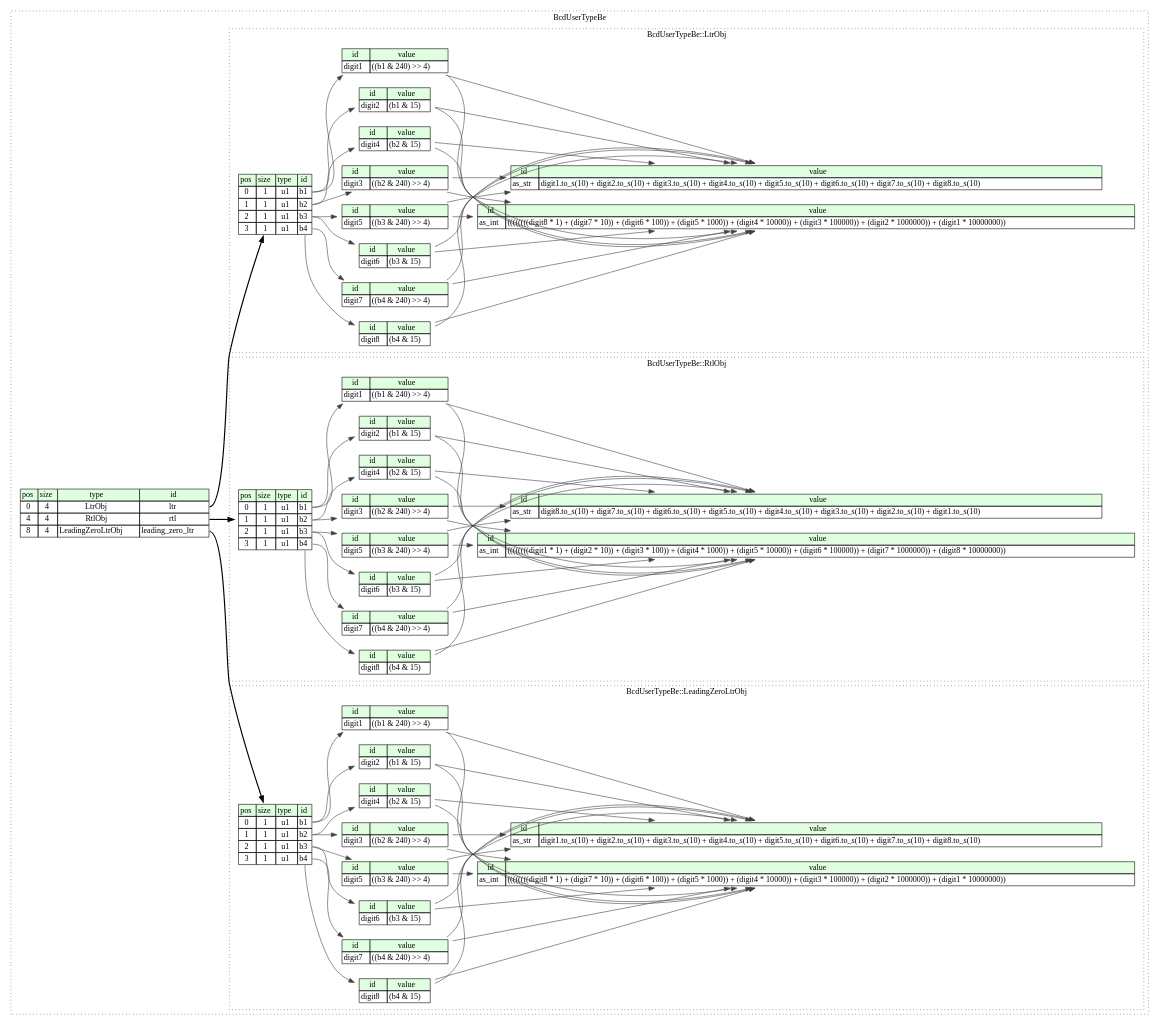
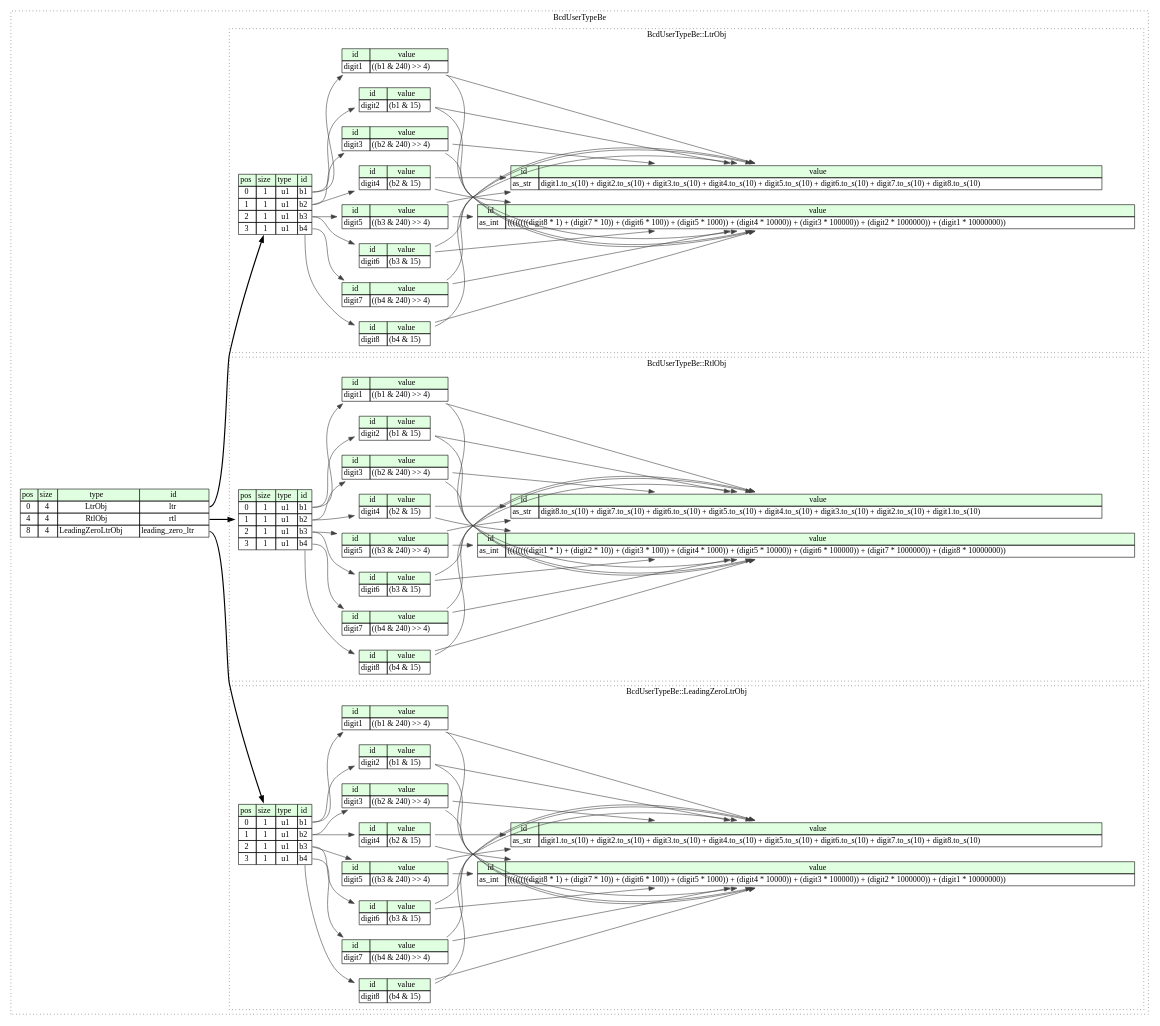
Before and after one commit to kaitai-io/ci_targets: the diagram in compiled/graphviz/bcd_user_type_be.dot, drawn with Graphviz. The commit also changed other lines of this file and 388 other files, not shown here.

```diff
--- a/compiled/graphviz/bcd_user_type_be.dot
+++ b/compiled/graphviz/bcd_user_type_be.dot
@@ -22,45 +22,45 @@
 				<TR><TD PORT="b3_pos">2</TD><TD PORT="b3_size">1</TD><TD>u1</TD><TD PORT="b3_type">b3</TD></TR>
 				<TR><TD PORT="b4_pos">3</TD><TD PORT="b4_size">1</TD><TD>u1</TD><TD PORT="b4_type">b4</TD></TR>
 			</TABLE>>];
+			ltr_obj__inst__digit2 [label=<<TABLE BORDER="0" CELLBORDER="1" CELLSPACING="0">
+				<TR><TD BGCOLOR="#E0FFE0">id</TD><TD BGCOLOR="#E0FFE0">value</TD></TR>
+				<TR><TD>digit2</TD><TD>(b1 &amp; 15)</TD></TR>
+			</TABLE>>];
+			ltr_obj__inst__digit8 [label=<<TABLE BORDER="0" CELLBORDER="1" CELLSPACING="0">
+				<TR><TD BGCOLOR="#E0FFE0">id</TD><TD BGCOLOR="#E0FFE0">value</TD></TR>
+				<TR><TD>digit8</TD><TD>(b4 &amp; 15)</TD></TR>
+			</TABLE>>];
 			ltr_obj__inst__as_int [label=<<TABLE BORDER="0" CELLBORDER="1" CELLSPACING="0">
 				<TR><TD BGCOLOR="#E0FFE0">id</TD><TD BGCOLOR="#E0FFE0">value</TD></TR>
 				<TR><TD>as_int</TD><TD>((((((((digit8 * 1) + (digit7 * 10)) + (digit6 * 100)) + (digit5 * 1000)) + (digit4 * 10000)) + (digit3 * 100000)) + (digit2 * 1000000)) + (digit1 * 10000000))</TD></TR>
 			</TABLE>>];
-			ltr_obj__inst__digit2 [label=<<TABLE BORDER="0" CELLBORDER="1" CELLSPACING="0">
+			ltr_obj__inst__as_str [label=<<TABLE BORDER="0" CELLBORDER="1" CELLSPACING="0">
 				<TR><TD BGCOLOR="#E0FFE0">id</TD><TD BGCOLOR="#E0FFE0">value</TD></TR>
-				<TR><TD>digit2</TD><TD>(b1 &amp; 15)</TD></TR>
+				<TR><TD>as_str</TD><TD>digit1.to_s(10) + digit2.to_s(10) + digit3.to_s(10) + digit4.to_s(10) + digit5.to_s(10) + digit6.to_s(10) + digit7.to_s(10) + digit8.to_s(10)</TD></TR>
 			</TABLE>>];
 			ltr_obj__inst__digit4 [label=<<TABLE BORDER="0" CELLBORDER="1" CELLSPACING="0">
 				<TR><TD BGCOLOR="#E0FFE0">id</TD><TD BGCOLOR="#E0FFE0">value</TD></TR>
 				<TR><TD>digit4</TD><TD>(b2 &amp; 15)</TD></TR>
 			</TABLE>>];
-			ltr_obj__inst__digit3 [label=<<TABLE BORDER="0" CELLBORDER="1" CELLSPACING="0">
+			ltr_obj__inst__digit6 [label=<<TABLE BORDER="0" CELLBORDER="1" CELLSPACING="0">
 				<TR><TD BGCOLOR="#E0FFE0">id</TD><TD BGCOLOR="#E0FFE0">value</TD></TR>
-				<TR><TD>digit3</TD><TD>((b2 &amp; 240) &gt;&gt; 4)</TD></TR>
+				<TR><TD>digit6</TD><TD>(b3 &amp; 15)</TD></TR>
 			</TABLE>>];
 			ltr_obj__inst__digit5 [label=<<TABLE BORDER="0" CELLBORDER="1" CELLSPACING="0">
 				<TR><TD BGCOLOR="#E0FFE0">id</TD><TD BGCOLOR="#E0FFE0">value</TD></TR>
 				<TR><TD>digit5</TD><TD>((b3 &amp; 240) &gt;&gt; 4)</TD></TR>
 			</TABLE>>];
-			ltr_obj__inst__digit8 [label=<<TABLE BORDER="0" CELLBORDER="1" CELLSPACING="0">
+			ltr_obj__inst__digit7 [label=<<TABLE BORDER="0" CELLBORDER="1" CELLSPACING="0">
 				<TR><TD BGCOLOR="#E0FFE0">id</TD><TD BGCOLOR="#E0FFE0">value</TD></TR>
-				<TR><TD>digit8</TD><TD>(b4 &amp; 15)</TD></TR>
-			</TABLE>>];
-			ltr_obj__inst__digit6 [label=<<TABLE BORDER="0" CELLBORDER="1" CELLSPACING="0">
-				<TR><TD BGCOLOR="#E0FFE0">id</TD><TD BGCOLOR="#E0FFE0">value</TD></TR>
-				<TR><TD>digit6</TD><TD>(b3 &amp; 15)</TD></TR>
-			</TABLE>>];
-			ltr_obj__inst__as_str [label=<<TABLE BORDER="0" CELLBORDER="1" CELLSPACING="0">
-				<TR><TD BGCOLOR="#E0FFE0">id</TD><TD BGCOLOR="#E0FFE0">value</TD></TR>
-				<TR><TD>as_str</TD><TD>digit1.to_s(10) + digit2.to_s(10) + digit3.to_s(10) + digit4.to_s(10) + digit5.to_s(10) + digit6.to_s(10) + digit7.to_s(10) + digit8.to_s(10)</TD></TR>
+				<TR><TD>digit7</TD><TD>((b4 &amp; 240) &gt;&gt; 4)</TD></TR>
 			</TABLE>>];
 			ltr_obj__inst__digit1 [label=<<TABLE BORDER="0" CELLBORDER="1" CELLSPACING="0">
 				<TR><TD BGCOLOR="#E0FFE0">id</TD><TD BGCOLOR="#E0FFE0">value</TD></TR>
 				<TR><TD>digit1</TD><TD>((b1 &amp; 240) &gt;&gt; 4)</TD></TR>
 			</TABLE>>];
-			ltr_obj__inst__digit7 [label=<<TABLE BORDER="0" CELLBORDER="1" CELLSPACING="0">
+			ltr_obj__inst__digit3 [label=<<TABLE BORDER="0" CELLBORDER="1" CELLSPACING="0">
 				<TR><TD BGCOLOR="#E0FFE0">id</TD><TD BGCOLOR="#E0FFE0">value</TD></TR>
-				<TR><TD>digit7</TD><TD>((b4 &amp; 240) &gt;&gt; 4)</TD></TR>
+				<TR><TD>digit3</TD><TD>((b2 &amp; 240) &gt;&gt; 4)</TD></TR>
 			</TABLE>>];
 		}
 		subgraph cluster__rtl_obj {
@@ -74,45 +74,45 @@
 				<TR><TD PORT="b3_pos">2</TD><TD PORT="b3_size">1</TD><TD>u1</TD><TD PORT="b3_type">b3</TD></TR>
 				<TR><TD PORT="b4_pos">3</TD><TD PORT="b4_size">1</TD><TD>u1</TD><TD PORT="b4_type">b4</TD></TR>
 			</TABLE>>];
+			rtl_obj__inst__digit2 [label=<<TABLE BORDER="0" CELLBORDER="1" CELLSPACING="0">
+				<TR><TD BGCOLOR="#E0FFE0">id</TD><TD BGCOLOR="#E0FFE0">value</TD></TR>
+				<TR><TD>digit2</TD><TD>(b1 &amp; 15)</TD></TR>
+			</TABLE>>];
+			rtl_obj__inst__digit8 [label=<<TABLE BORDER="0" CELLBORDER="1" CELLSPACING="0">
+				<TR><TD BGCOLOR="#E0FFE0">id</TD><TD BGCOLOR="#E0FFE0">value</TD></TR>
+				<TR><TD>digit8</TD><TD>(b4 &amp; 15)</TD></TR>
+			</TABLE>>];
 			rtl_obj__inst__as_int [label=<<TABLE BORDER="0" CELLBORDER="1" CELLSPACING="0">
 				<TR><TD BGCOLOR="#E0FFE0">id</TD><TD BGCOLOR="#E0FFE0">value</TD></TR>
 				<TR><TD>as_int</TD><TD>((((((((digit1 * 1) + (digit2 * 10)) + (digit3 * 100)) + (digit4 * 1000)) + (digit5 * 10000)) + (digit6 * 100000)) + (digit7 * 1000000)) + (digit8 * 10000000))</TD></TR>
 			</TABLE>>];
-			rtl_obj__inst__digit2 [label=<<TABLE BORDER="0" CELLBORDER="1" CELLSPACING="0">
+			rtl_obj__inst__as_str [label=<<TABLE BORDER="0" CELLBORDER="1" CELLSPACING="0">
 				<TR><TD BGCOLOR="#E0FFE0">id</TD><TD BGCOLOR="#E0FFE0">value</TD></TR>
-				<TR><TD>digit2</TD><TD>(b1 &amp; 15)</TD></TR>
+				<TR><TD>as_str</TD><TD>digit8.to_s(10) + digit7.to_s(10) + digit6.to_s(10) + digit5.to_s(10) + digit4.to_s(10) + digit3.to_s(10) + digit2.to_s(10) + digit1.to_s(10)</TD></TR>
 			</TABLE>>];
 			rtl_obj__inst__digit4 [label=<<TABLE BORDER="0" CELLBORDER="1" CELLSPACING="0">
 				<TR><TD BGCOLOR="#E0FFE0">id</TD><TD BGCOLOR="#E0FFE0">value</TD></TR>
 				<TR><TD>digit4</TD><TD>(b2 &amp; 15)</TD></TR>
 			</TABLE>>];
-			rtl_obj__inst__digit3 [label=<<TABLE BORDER="0" CELLBORDER="1" CELLSPACING="0">
+			rtl_obj__inst__digit6 [label=<<TABLE BORDER="0" CELLBORDER="1" CELLSPACING="0">
 				<TR><TD BGCOLOR="#E0FFE0">id</TD><TD BGCOLOR="#E0FFE0">value</TD></TR>
-				<TR><TD>digit3</TD><TD>((b2 &amp; 240) &gt;&gt; 4)</TD></TR>
+				<TR><TD>digit6</TD><TD>(b3 &amp; 15)</TD></TR>
 			</TABLE>>];
 			rtl_obj__inst__digit5 [label=<<TABLE BORDER="0" CELLBORDER="1" CELLSPACING="0">
 				<TR><TD BGCOLOR="#E0FFE0">id</TD><TD BGCOLOR="#E0FFE0">value</TD></TR>
 				<TR><TD>digit5</TD><TD>((b3 &amp; 240) &gt;&gt; 4)</TD></TR>
 			</TABLE>>];
-			rtl_obj__inst__digit8 [label=<<TABLE BORDER="0" CELLBORDER="1" CELLSPACING="0">
+			rtl_obj__inst__digit7 [label=<<TABLE BORDER="0" CELLBORDER="1" CELLSPACING="0">
 				<TR><TD BGCOLOR="#E0FFE0">id</TD><TD BGCOLOR="#E0FFE0">value</TD></TR>
-				<TR><TD>digit8</TD><TD>(b4 &amp; 15)</TD></TR>
-			</TABLE>>];
-			rtl_obj__inst__digit6 [label=<<TABLE BORDER="0" CELLBORDER="1" CELLSPACING="0">
-				<TR><TD BGCOLOR="#E0FFE0">id</TD><TD BGCOLOR="#E0FFE0">value</TD></TR>
-				<TR><TD>digit6</TD><TD>(b3 &amp; 15)</TD></TR>
-			</TABLE>>];
-			rtl_obj__inst__as_str [label=<<TABLE BORDER="0" CELLBORDER="1" CELLSPACING="0">
-				<TR><TD BGCOLOR="#E0FFE0">id</TD><TD BGCOLOR="#E0FFE0">value</TD></TR>
-				<TR><TD>as_str</TD><TD>digit8.to_s(10) + digit7.to_s(10) + digit6.to_s(10) + digit5.to_s(10) + digit4.to_s(10) + digit3.to_s(10) + digit2.to_s(10) + digit1.to_s(10)</TD></TR>
+				<TR><TD>digit7</TD><TD>((b4 &amp; 240) &gt;&gt; 4)</TD></TR>
 			</TABLE>>];
 			rtl_obj__inst__digit1 [label=<<TABLE BORDER="0" CELLBORDER="1" CELLSPACING="0">
 				<TR><TD BGCOLOR="#E0FFE0">id</TD><TD BGCOLOR="#E0FFE0">value</TD></TR>
 				<TR><TD>digit1</TD><TD>((b1 &amp; 240) &gt;&gt; 4)</TD></TR>
 			</TABLE>>];
-			rtl_obj__inst__digit7 [label=<<TABLE BORDER="0" CELLBORDER="1" CELLSPACING="0">
+			rtl_obj__inst__digit3 [label=<<TABLE BORDER="0" CELLBORDER="1" CELLSPACING="0">
 				<TR><TD BGCOLOR="#E0FFE0">id</TD><TD BGCOLOR="#E0FFE0">value</TD></TR>
-				<TR><TD>digit7</TD><TD>((b4 &amp; 240) &gt;&gt; 4)</TD></TR>
+				<TR><TD>digit3</TD><TD>((b2 &amp; 240) &gt;&gt; 4)</TD></TR>
 			</TABLE>>];
 		}
 		subgraph cluster__leading_zero_ltr_obj {
@@ -126,51 +126,53 @@
 				<TR><TD PORT="b3_pos">2</TD><TD PORT="b3_size">1</TD><TD>u1</TD><TD PORT="b3_type">b3</TD></TR>
 				<TR><TD PORT="b4_pos">3</TD><TD PORT="b4_size">1</TD><TD>u1</TD><TD PORT="b4_type">b4</TD></TR>
 			</TABLE>>];
+			leading_zero_ltr_obj__inst__digit2 [label=<<TABLE BORDER="0" CELLBORDER="1" CELLSPACING="0">
+				<TR><TD BGCOLOR="#E0FFE0">id</TD><TD BGCOLOR="#E0FFE0">value</TD></TR>
+				<TR><TD>digit2</TD><TD>(b1 &amp; 15)</TD></TR>
+			</TABLE>>];
+			leading_zero_ltr_obj__inst__digit8 [label=<<TABLE BORDER="0" CELLBORDER="1" CELLSPACING="0">
+				<TR><TD BGCOLOR="#E0FFE0">id</TD><TD BGCOLOR="#E0FFE0">value</TD></TR>
+				<TR><TD>digit8</TD><TD>(b4 &amp; 15)</TD></TR>
+			</TABLE>>];
 			leading_zero_ltr_obj__inst__as_int [label=<<TABLE BORDER="0" CELLBORDER="1" CELLSPACING="0">
 				<TR><TD BGCOLOR="#E0FFE0">id</TD><TD BGCOLOR="#E0FFE0">value</TD></TR>
 				<TR><TD>as_int</TD><TD>((((((((digit8 * 1) + (digit7 * 10)) + (digit6 * 100)) + (digit5 * 1000)) + (digit4 * 10000)) + (digit3 * 100000)) + (digit2 * 1000000)) + (digit1 * 10000000))</TD></TR>
 			</TABLE>>];
-			leading_zero_ltr_obj__inst__digit2 [label=<<TABLE BORDER="0" CELLBORDER="1" CELLSPACING="0">
+			leading_zero_ltr_obj__inst__as_str [label=<<TABLE BORDER="0" CELLBORDER="1" CELLSPACING="0">
 				<TR><TD BGCOLOR="#E0FFE0">id</TD><TD BGCOLOR="#E0FFE0">value</TD></TR>
-				<TR><TD>digit2</TD><TD>(b1 &amp; 15)</TD></TR>
+				<TR><TD>as_str</TD><TD>digit1.to_s(10) + digit2.to_s(10) + digit3.to_s(10) + digit4.to_s(10) + digit5.to_s(10) + digit6.to_s(10) + digit7.to_s(10) + digit8.to_s(10)</TD></TR>
 			</TABLE>>];
 			leading_zero_ltr_obj__inst__digit4 [label=<<TABLE BORDER="0" CELLBORDER="1" CELLSPACING="0">
 				<TR><TD BGCOLOR="#E0FFE0">id</TD><TD BGCOLOR="#E0FFE0">value</TD></TR>
 				<TR><TD>digit4</TD><TD>(b2 &amp; 15)</TD></TR>
 			</TABLE>>];
-			leading_zero_ltr_obj__inst__digit3 [label=<<TABLE BORDER="0" CELLBORDER="1" CELLSPACING="0">
+			leading_zero_ltr_obj__inst__digit6 [label=<<TABLE BORDER="0" CELLBORDER="1" CELLSPACING="0">
 				<TR><TD BGCOLOR="#E0FFE0">id</TD><TD BGCOLOR="#E0FFE0">value</TD></TR>
-				<TR><TD>digit3</TD><TD>((b2 &amp; 240) &gt;&gt; 4)</TD></TR>
+				<TR><TD>digit6</TD><TD>(b3 &amp; 15)</TD></TR>
 			</TABLE>>];
 			leading_zero_ltr_obj__inst__digit5 [label=<<TABLE BORDER="0" CELLBORDER="1" CELLSPACING="0">
 				<TR><TD BGCOLOR="#E0FFE0">id</TD><TD BGCOLOR="#E0FFE0">value</TD></TR>
 				<TR><TD>digit5</TD><TD>((b3 &amp; 240) &gt;&gt; 4)</TD></TR>
 			</TABLE>>];
-			leading_zero_ltr_obj__inst__digit8 [label=<<TABLE BORDER="0" CELLBORDER="1" CELLSPACING="0">
+			leading_zero_ltr_obj__inst__digit7 [label=<<TABLE BORDER="0" CELLBORDER="1" CELLSPACING="0">
 				<TR><TD BGCOLOR="#E0FFE0">id</TD><TD BGCOLOR="#E0FFE0">value</TD></TR>
-				<TR><TD>digit8</TD><TD>(b4 &amp; 15)</TD></TR>
-			</TABLE>>];
-			leading_zero_ltr_obj__inst__digit6 [label=<<TABLE BORDER="0" CELLBORDER="1" CELLSPACING="0">
-				<TR><TD BGCOLOR="#E0FFE0">id</TD><TD BGCOLOR="#E0FFE0">value</TD></TR>
-				<TR><TD>digit6</TD><TD>(b3 &amp; 15)</TD></TR>
-			</TABLE>>];
-			leading_zero_ltr_obj__inst__as_str [label=<<TABLE BORDER="0" CELLBORDER="1" CELLSPACING="0">
-				<TR><TD BGCOLOR="#E0FFE0">id</TD><TD BGCOLOR="#E0FFE0">value</TD></TR>
-				<TR><TD>as_str</TD><TD>digit1.to_s(10) + digit2.to_s(10) + digit3.to_s(10) + digit4.to_s(10) + digit5.to_s(10) + digit6.to_s(10) + digit7.to_s(10) + digit8.to_s(10)</TD></TR>
+				<TR><TD>digit7</TD><TD>((b4 &amp; 240) &gt;&gt; 4)</TD></TR>
 			</TABLE>>];
 			leading_zero_ltr_obj__inst__digit1 [label=<<TABLE BORDER="0" CELLBORDER="1" CELLSPACING="0">
 				<TR><TD BGCOLOR="#E0FFE0">id</TD><TD BGCOLOR="#E0FFE0">value</TD></TR>
 				<TR><TD>digit1</TD><TD>((b1 &amp; 240) &gt;&gt; 4)</TD></TR>
 			</TABLE>>];
-			leading_zero_ltr_obj__inst__digit7 [label=<<TABLE BORDER="0" CELLBORDER="1" CELLSPACING="0">
+			leading_zero_ltr_obj__inst__digit3 [label=<<TABLE BORDER="0" CELLBORDER="1" CELLSPACING="0">
 				<TR><TD BGCOLOR="#E0FFE0">id</TD><TD BGCOLOR="#E0FFE0">value</TD></TR>
-				<TR><TD>digit7</TD><TD>((b4 &amp; 240) &gt;&gt; 4)</TD></TR>
+				<TR><TD>digit3</TD><TD>((b2 &amp; 240) &gt;&gt; 4)</TD></TR>
 			</TABLE>>];
 		}
 	}
 	bcd_user_type_be__seq:ltr_type -> ltr_obj__seq [style=bold];
 	bcd_user_type_be__seq:rtl_type -> rtl_obj__seq [style=bold];
 	bcd_user_type_be__seq:leading_zero_ltr_type -> leading_zero_ltr_obj__seq [style=bold];
+	ltr_obj__seq:b1_type -> ltr_obj__inst__digit2 [color="#404040"];
+	ltr_obj__seq:b4_type -> ltr_obj__inst__digit8 [color="#404040"];
 	ltr_obj__inst__digit8:digit8_type -> ltr_obj__inst__as_int [color="#404040"];
 	ltr_obj__inst__digit7:digit7_type -> ltr_obj__inst__as_int [color="#404040"];
 	ltr_obj__inst__digit6:digit6_type -> ltr_obj__inst__as_int [color="#404040"];
@@ -179,12 +181,6 @@
 	ltr_obj__inst__digit3:digit3_type -> ltr_obj__inst__as_int [color="#404040"];
 	ltr_obj__inst__digit2:digit2_type -> ltr_obj__inst__as_int [color="#404040"];
 	ltr_obj__inst__digit1:digit1_type -> ltr_obj__inst__as_int [color="#404040"];
-	ltr_obj__seq:b1_type -> ltr_obj__inst__digit2 [color="#404040"];
-	ltr_obj__seq:b2_type -> ltr_obj__inst__digit4 [color="#404040"];
-	ltr_obj__seq:b2_type -> ltr_obj__inst__digit3 [color="#404040"];
-	ltr_obj__seq:b3_type -> ltr_obj__inst__digit5 [color="#404040"];
-	ltr_obj__seq:b4_type -> ltr_obj__inst__digit8 [color="#404040"];
-	ltr_obj__seq:b3_type -> ltr_obj__inst__digit6 [color="#404040"];
 	ltr_obj__inst__digit1:digit1_type -> ltr_obj__inst__as_str [color="#404040"];
 	ltr_obj__inst__digit2:digit2_type -> ltr_obj__inst__as_str [color="#404040"];
 	ltr_obj__inst__digit3:digit3_type -> ltr_obj__inst__as_str [color="#404040"];
@@ -193,8 +189,14 @@
 	ltr_obj__inst__digit6:digit6_type -> ltr_obj__inst__as_str [color="#404040"];
 	ltr_obj__inst__digit7:digit7_type -> ltr_obj__inst__as_str [color="#404040"];
 	ltr_obj__inst__digit8:digit8_type -> ltr_obj__inst__as_str [color="#404040"];
+	ltr_obj__seq:b2_type -> ltr_obj__inst__digit4 [color="#404040"];
+	ltr_obj__seq:b3_type -> ltr_obj__inst__digit6 [color="#404040"];
+	ltr_obj__seq:b3_type -> ltr_obj__inst__digit5 [color="#404040"];
+	ltr_obj__seq:b4_type -> ltr_obj__inst__digit7 [color="#404040"];
 	ltr_obj__seq:b1_type -> ltr_obj__inst__digit1 [color="#404040"];
-	ltr_obj__seq:b4_type -> ltr_obj__inst__digit7 [color="#404040"];
+	ltr_obj__seq:b2_type -> ltr_obj__inst__digit3 [color="#404040"];
+	rtl_obj__seq:b1_type -> rtl_obj__inst__digit2 [color="#404040"];
+	rtl_obj__seq:b4_type -> rtl_obj__inst__digit8 [color="#404040"];
 	rtl_obj__inst__digit1:digit1_type -> rtl_obj__inst__as_int [color="#404040"];
 	rtl_obj__inst__digit2:digit2_type -> rtl_obj__inst__as_int [color="#404040"];
 	rtl_obj__inst__digit3:digit3_type -> rtl_obj__inst__as_int [color="#404040"];
@@ -203,12 +205,6 @@
 	rtl_obj__inst__digit6:digit6_type -> rtl_obj__inst__as_int [color="#404040"];
 	rtl_obj__inst__digit7:digit7_type -> rtl_obj__inst__as_int [color="#404040"];
 	rtl_obj__inst__digit8:digit8_type -> rtl_obj__inst__as_int [color="#404040"];
-	rtl_obj__seq:b1_type -> rtl_obj__inst__digit2 [color="#404040"];
-	rtl_obj__seq:b2_type -> rtl_obj__inst__digit4 [color="#404040"];
-	rtl_obj__seq:b2_type -> rtl_obj__inst__digit3 [color="#404040"];
-	rtl_obj__seq:b3_type -> rtl_obj__inst__digit5 [color="#404040"];
-	rtl_obj__seq:b4_type -> rtl_obj__inst__digit8 [color="#404040"];
-	rtl_obj__seq:b3_type -> rtl_obj__inst__digit6 [color="#404040"];
 	rtl_obj__inst__digit8:digit8_type -> rtl_obj__inst__as_str [color="#404040"];
 	rtl_obj__inst__digit7:digit7_type -> rtl_obj__inst__as_str [color="#404040"];
 	rtl_obj__inst__digit6:digit6_type -> rtl_obj__inst__as_str [color="#404040"];
@@ -217,8 +213,14 @@
 	rtl_obj__inst__digit3:digit3_type -> rtl_obj__inst__as_str [color="#404040"];
 	rtl_obj__inst__digit2:digit2_type -> rtl_obj__inst__as_str [color="#404040"];
 	rtl_obj__inst__digit1:digit1_type -> rtl_obj__inst__as_str [color="#404040"];
+	rtl_obj__seq:b2_type -> rtl_obj__inst__digit4 [color="#404040"];
+	rtl_obj__seq:b3_type -> rtl_obj__inst__digit6 [color="#404040"];
+	rtl_obj__seq:b3_type -> rtl_obj__inst__digit5 [color="#404040"];
+	rtl_obj__seq:b4_type -> rtl_obj__inst__digit7 [color="#404040"];
 	rtl_obj__seq:b1_type -> rtl_obj__inst__digit1 [color="#404040"];
-	rtl_obj__seq:b4_type -> rtl_obj__inst__digit7 [color="#404040"];
+	rtl_obj__seq:b2_type -> rtl_obj__inst__digit3 [color="#404040"];
+	leading_zero_ltr_obj__seq:b1_type -> leading_zero_ltr_obj__inst__digit2 [color="#404040"];
+	leading_zero_ltr_obj__seq:b4_type -> leading_zero_ltr_obj__inst__digit8 [color="#404040"];
 	leading_zero_ltr_obj__inst__digit8:digit8_type -> leading_zero_ltr_obj__inst__as_int [color="#404040"];
 	leading_zero_ltr_obj__inst__digit7:digit7_type -> leading_zero_ltr_obj__inst__as_int [color="#404040"];
 	leading_zero_ltr_obj__inst__digit6:digit6_type -> leading_zero_ltr_obj__inst__as_int [color="#404040"];
@@ -227,12 +229,6 @@
 	leading_zero_ltr_obj__inst__digit3:digit3_type -> leading_zero_ltr_obj__inst__as_int [color="#404040"];
 	leading_zero_ltr_obj__inst__digit2:digit2_type -> leading_zero_ltr_obj__inst__as_int [color="#404040"];
 	leading_zero_ltr_obj__inst__digit1:digit1_type -> leading_zero_ltr_obj__inst__as_int [color="#404040"];
-	leading_zero_ltr_obj__seq:b1_type -> leading_zero_ltr_obj__inst__digit2 [color="#404040"];
-	leading_zero_ltr_obj__seq:b2_type -> leading_zero_ltr_obj__inst__digit4 [color="#404040"];
-	leading_zero_ltr_obj__seq:b2_type -> leading_zero_ltr_obj__inst__digit3 [color="#404040"];
-	leading_zero_ltr_obj__seq:b3_type -> leading_zero_ltr_obj__inst__digit5 [color="#404040"];
-	leading_zero_ltr_obj__seq:b4_type -> leading_zero_ltr_obj__inst__digit8 [color="#404040"];
-	leading_zero_ltr_obj__seq:b3_type -> leading_zero_ltr_obj__inst__digit6 [color="#404040"];
 	leading_zero_ltr_obj__inst__digit1:digit1_type -> leading_zero_ltr_obj__inst__as_str [color="#404040"];
 	leading_zero_ltr_obj__inst__digit2:digit2_type -> leading_zero_ltr_obj__inst__as_str [color="#404040"];
 	leading_zero_ltr_obj__inst__digit3:digit3_type -> leading_zero_ltr_obj__inst__as_str [color="#404040"];
@@ -241,6 +237,10 @@
 	leading_zero_ltr_obj__inst__digit6:digit6_type -> leading_zero_ltr_obj__inst__as_str [color="#404040"];
 	leading_zero_ltr_obj__inst__digit7:digit7_type -> leading_zero_ltr_obj__inst__as_str [color="#404040"];
 	leading_zero_ltr_obj__inst__digit8:digit8_type -> leading_zero_ltr_obj__inst__as_str [color="#404040"];
+	leading_zero_ltr_obj__seq:b2_type -> leading_zero_ltr_obj__inst__digit4 [color="#404040"];
+	leading_zero_ltr_obj__seq:b3_type -> leading_zero_ltr_obj__inst__digit6 [color="#404040"];
+	leading_zero_ltr_obj__seq:b3_type -> leading_zero_ltr_obj__inst__digit5 [color="#404040"];
+	leading_zero_ltr_obj__seq:b4_type -> leading_zero_ltr_obj__inst__digit7 [color="#404040"];
 	leading_zero_ltr_obj__seq:b1_type -> leading_zero_ltr_obj__inst__digit1 [color="#404040"];
-	leading_zero_ltr_obj__seq:b4_type -> leading_zero_ltr_obj__inst__digit7 [color="#404040"];
+	leading_zero_ltr_obj__seq:b2_type -> leading_zero_ltr_obj__inst__digit3 [color="#404040"];
 }
```
